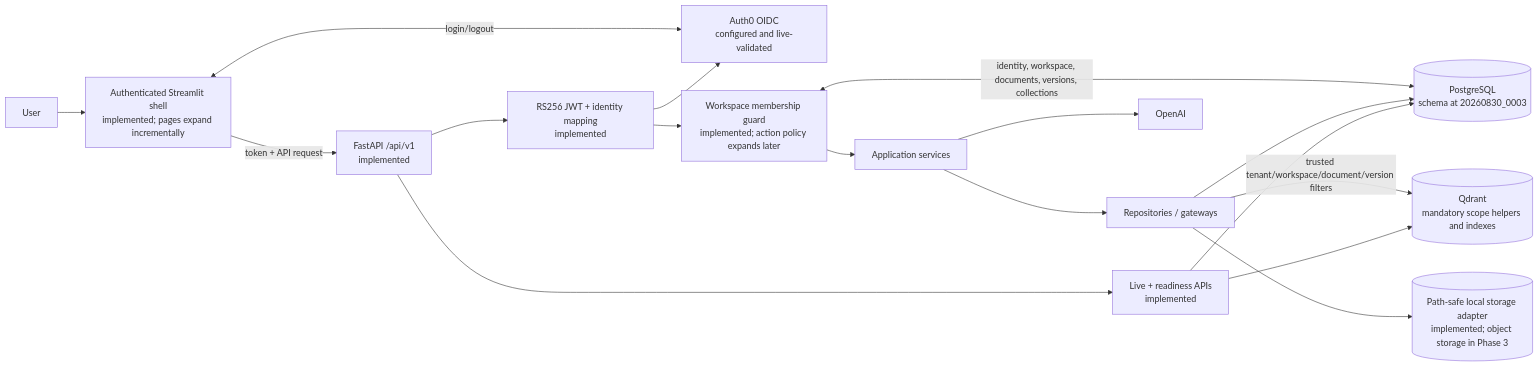
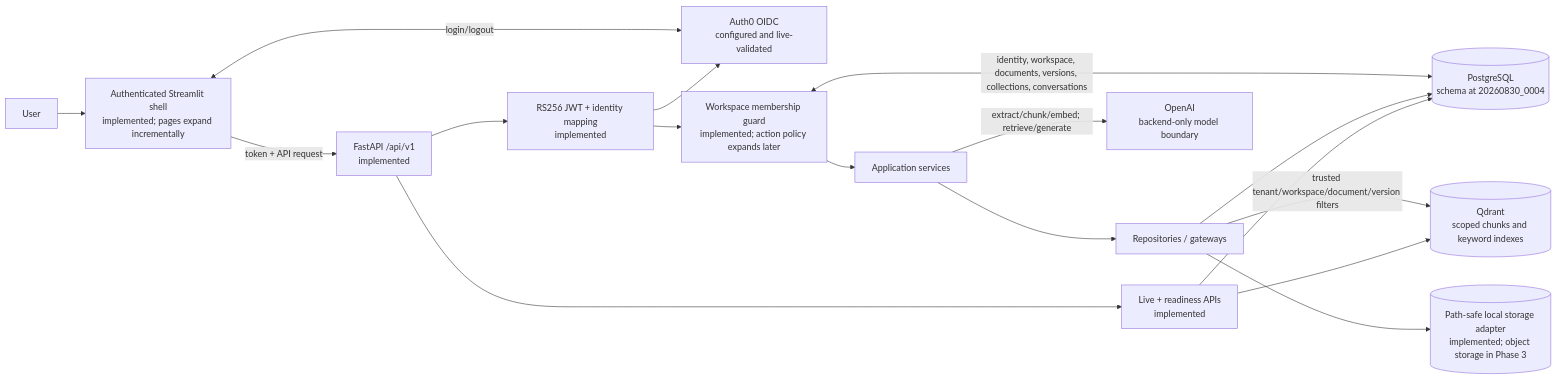
Before and after one commit to mvyas412/ai-projects: the fourth of 11 diagrams in mm-rag-full-stack-genai-bootcamp-2.0/docs/architecture/ARCHITECTURE.md, drawn with Mermaid. The commit also changed other lines of this file and 24 other files, not shown here.

Commit message:
feat(mm-rag): add scoped persistent RAG conversations

````diff
--- a/mm-rag-full-stack-genai-bootcamp-2.0/docs/architecture/ARCHITECTURE.md
+++ b/mm-rag-full-stack-genai-bootcamp-2.0/docs/architecture/ARCHITECTURE.md
@@ -207,19 +207,19 @@
 ```mermaid
 flowchart LR
     user["User"] --> st["Authenticated Streamlit shell<br/>implemented; pages expand incrementally"]
     st <-->|"login/logout"| idp["Auth0 OIDC<br/>configured and live-validated"]
     st -->|"token + API request"| routes["FastAPI /api/v1<br/>implemented"]
     routes --> authn["RS256 JWT + identity mapping<br/>implemented"]
     authn --> idp
     authn --> authz["Workspace membership guard<br/>implemented; action policy expands later"]
-    authz <-->|"identity, workspace, documents, versions, collections"| pg[("PostgreSQL<br/>schema at 20260830_0003")]
+    authz <-->|"identity, workspace, documents, versions, collections, conversations"| pg[("PostgreSQL<br/>schema at 20260830_0004")]
     authz --> services["Application services"]
     services --> repos["Repositories / gateways"]
     repos --> pg
-    repos -->|"trusted tenant/workspace/document/version filters"| qd[("Qdrant<br/>mandatory scope helpers and indexes")]
+    repos -->|"trusted tenant/workspace/document/version filters"| qd[("Qdrant<br/>scoped chunks and keyword indexes")]
     repos --> files[("Path-safe local storage adapter<br/>implemented; object storage in Phase 3")]
-    services --> openai["OpenAI"]
+    services -->|"extract/chunk/embed; retrieve/generate"| openai["OpenAI<br/>backend-only model boundary"]
     health["Live + readiness APIs<br/>implemented"] --> pg
     health --> qd
     routes --> health
 ```
````
